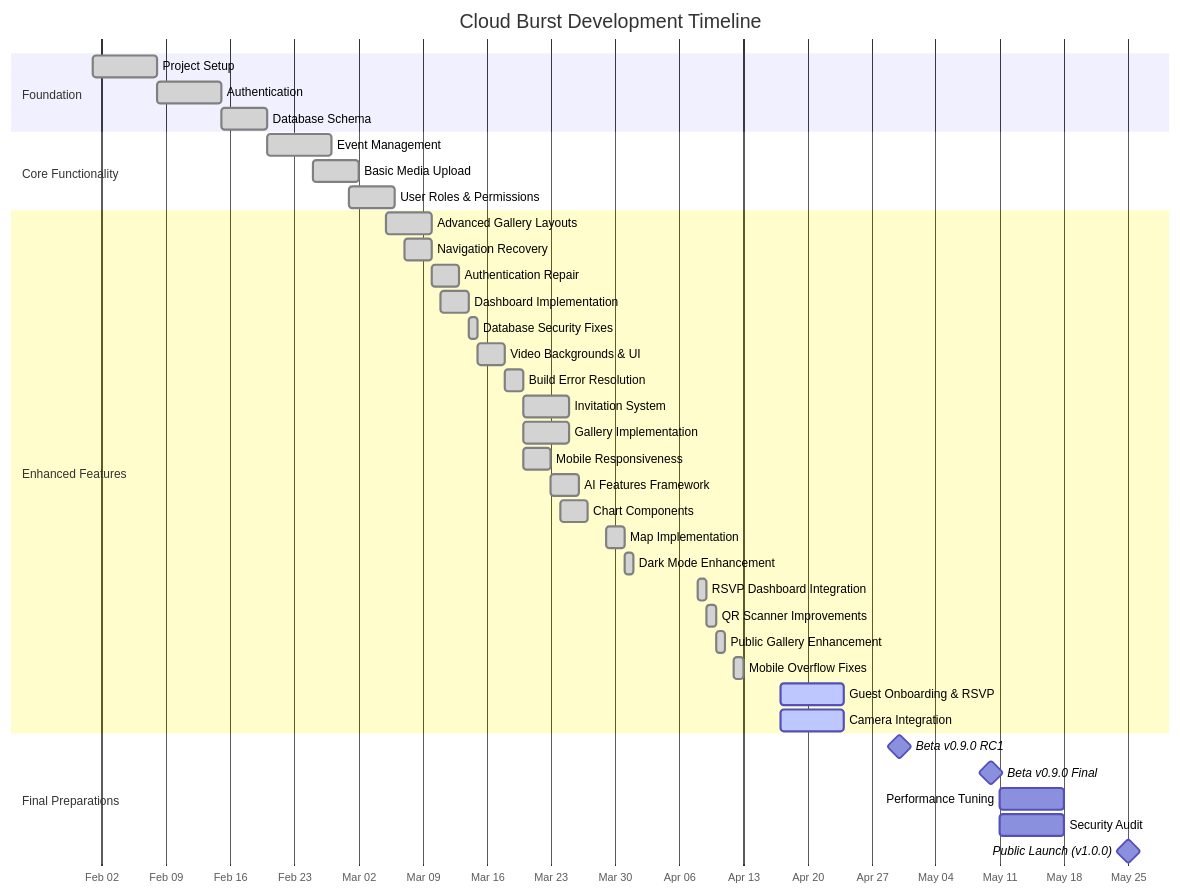
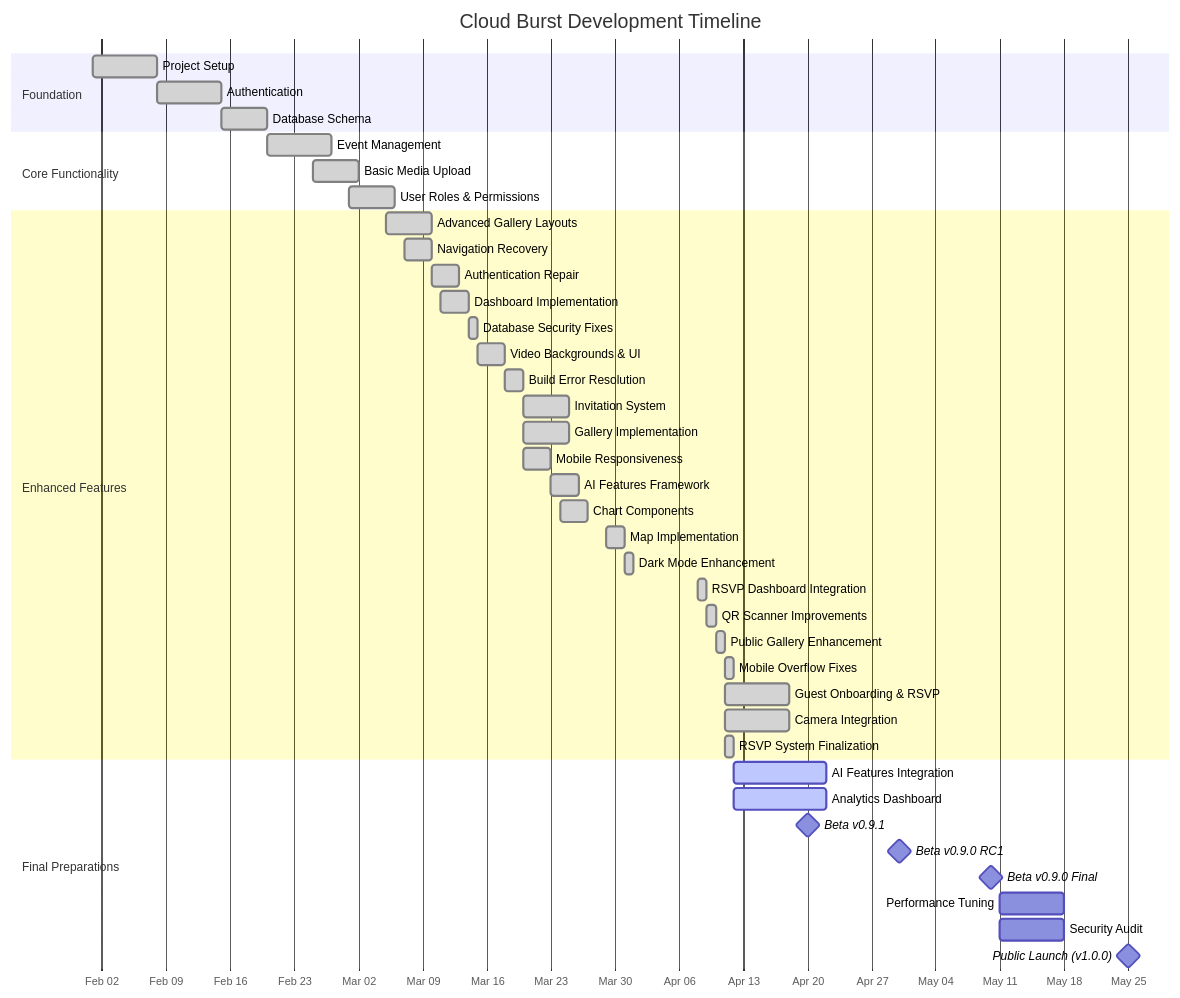
One commit to mrj0nesmtl/cloud-burst changed the first of 2 diagrams in docs/planning/roadmap.md. Above: the diagram before and after it, drawn with Mermaid. The commit also changed other lines of this file and 1 other file, not shown here.

````diff
--- a/docs/planning/roadmap.md
+++ b/docs/planning/roadmap.md
@@ -230,45 +187,49 @@
 ```mermaid
 gantt
     title Cloud Burst Development Timeline
     dateFormat  YYYY-MM-DD
     axisFormat %b %d
     
     section Foundation
     Project Setup           :done, f1, 2025-02-01, 7d
     Authentication          :done, f2, 2025-02-08, 7d
     Database Schema         :done, f3, 2025-02-15, 5d
     
     section Core Functionality
     Event Management        :done, c1, 2025-02-20, 7d
     Basic Media Upload      :done, c2, 2025-02-25, 5d
     User Roles & Permissions:done, c3, 2025-03-01, 5d
     
     section Enhanced Features
     Advanced Gallery Layouts:done, e1, 2025-03-05, 5d
     Navigation Recovery     :done, e2, 2025-03-07, 3d
     Authentication Repair   :done, e3, 2025-03-10, 3d
     Dashboard Implementation:done, e4, 2025-03-11, 3d
     Database Security Fixes :done, e5, 2025-03-14, 1d
     Video Backgrounds & UI  :done, e6, 2025-03-15, 3d
     Build Error Resolution  :done, e7, 2025-03-18, 2d
     Invitation System       :done, e8, 2025-03-20, 5d
     Gallery Implementation  :done, e9, 2025-03-20, 5d
     Mobile Responsiveness   :done, e10, 2025-03-20, 3d
     AI Features Framework   :done, e11, 2025-03-23, 3d
     Chart Components        :done, e14, 2025-03-24, 3d
     Map Implementation      :done, e15, 2025-03-29, 2d
     Dark Mode Enhancement   :done, e16, 2025-03-31, 1d
     RSVP Dashboard Integration :done, e17, 2025-04-08, 1d
     QR Scanner Improvements :done, e18, 2025-04-09, 1d
     Public Gallery Enhancement :done, e19, 2025-04-10, 1d
-    Mobile Overflow Fixes   :done, e20, 2025-04-12, 1d
-    Guest Onboarding & RSVP :active, e21, 2025-04-17, 7d
-    Camera Integration      :active, e22, 2025-04-17, 7d
+    Mobile Overflow Fixes   :done, e20, 2025-04-11, 1d
+    Guest Onboarding & RSVP :done, e21, 2025-04-11, 7d
+    Camera Integration      :done, e22, 2025-04-11, 7d
+    RSVP System Finalization:done, e23, 2025-04-11, 1d
     
     section Final Preparations
+    AI Features Integration :active, ai1, 2025-04-12, 10d
+    Analytics Dashboard     :active, ad1, 2025-04-12, 10d
+    Beta v0.9.1             :milestone, b0, 2025-04-20, 0d
     Beta v0.9.0 RC1         :milestone, b1, 2025-04-30, 0d
     Beta v0.9.0 Final       :milestone, b2, 2025-05-10, 0d
     Performance Tuning      :o1, 2025-05-11, 7d
     Security Audit          :o2, 2025-05-11, 7d
     Public Launch (v1.0.0)  :milestone, l3, 2025-05-25, 0d
 ```
````
